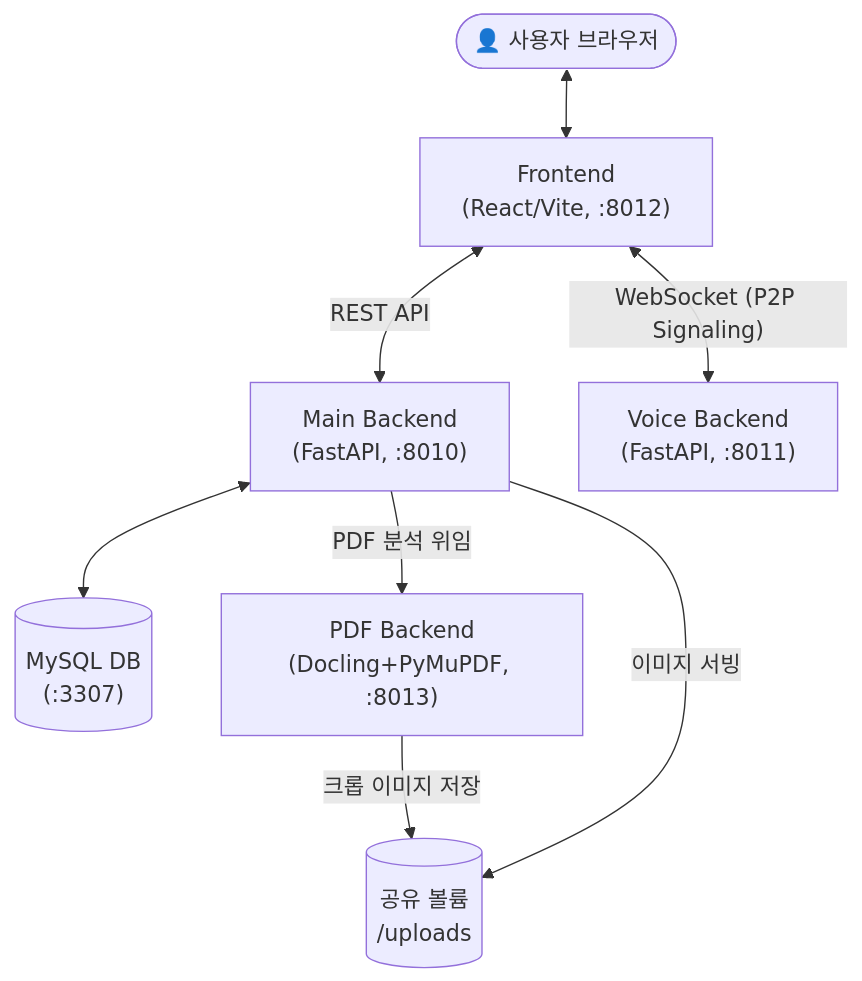
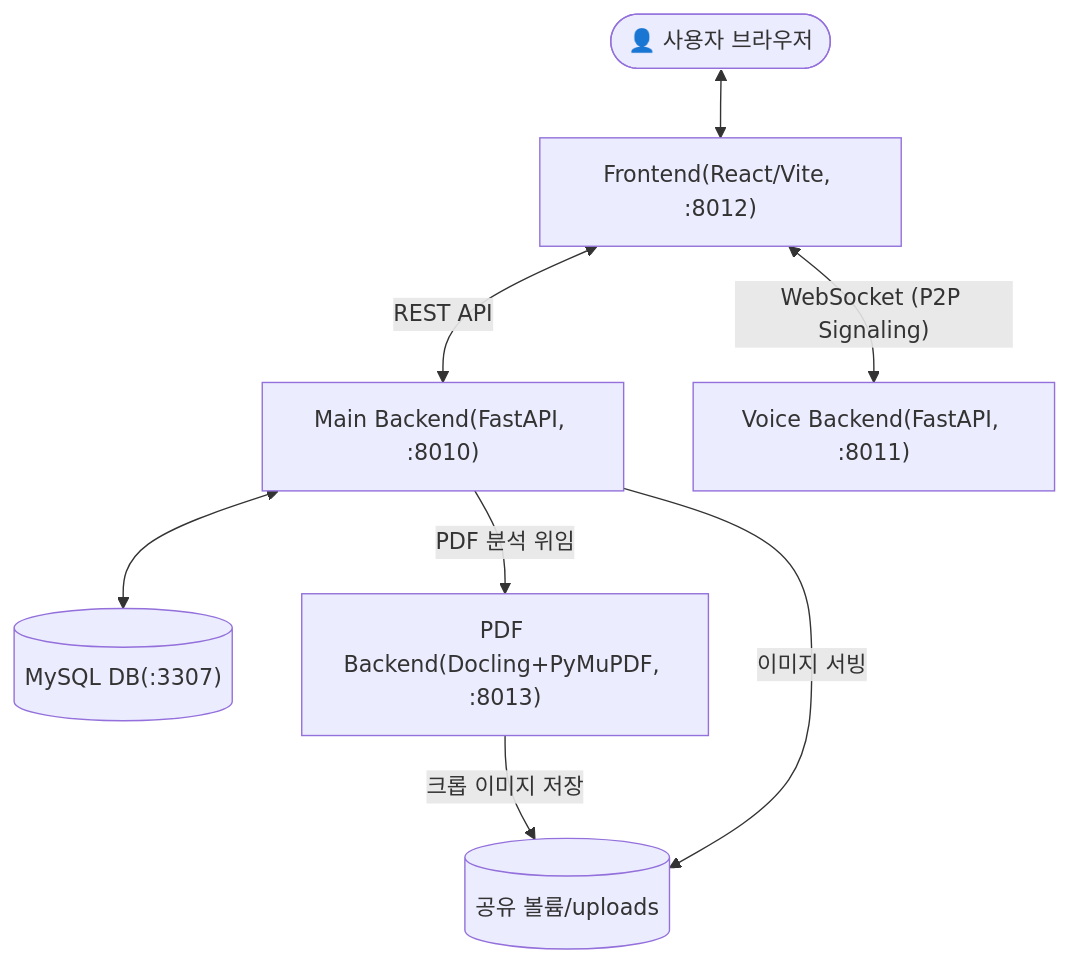
The diagram in README.md (bumjpark/StackNote), drawn with Mermaid before and after one commit.

Commit message:
B_fix: README.md 수정

````diff
--- a/README.md
+++ b/README.md
@@ -67,10 +67,10 @@
 ```mermaid
 graph TD
-    User([👤 사용자 브라우저]) <--> FE["Frontend\n(React/Vite, :8012)"]
-    FE <-- "REST API" --> BE["Main Backend\n(FastAPI, :8010)"]
-    FE <-- "WebSocket (P2P Signaling)" --> VO["Voice Backend\n(FastAPI, :8011)"]
-    BE <--> DB[("MySQL DB\n(:3307)")]
-    BE -- "PDF 분석 위임" --> PDF["PDF Backend\n(Docling+PyMuPDF, :8013)"]
-    PDF -- "크롭 이미지 저장" --> VOL[("공유 볼륨\n/uploads")]
+    User([👤 사용자 브라우저]) <--> FE["Frontend(React/Vite, :8012)"]
+    FE <-- "REST API" --> BE["Main Backend(FastAPI, :8010)"]
+    FE <-- "WebSocket (P2P Signaling)" --> VO["Voice Backend(FastAPI, :8011)"]
+    BE <--> DB[("MySQL DB(:3307)")]
+    BE -- "PDF 분석 위임" --> PDF["PDF Backend(Docling+PyMuPDF, :8013)"]
+    PDF -- "크롭 이미지 저장" --> VOL[("공유 볼륨/uploads")]
     BE -- "이미지 서빙" --> VOL
 ```
````
